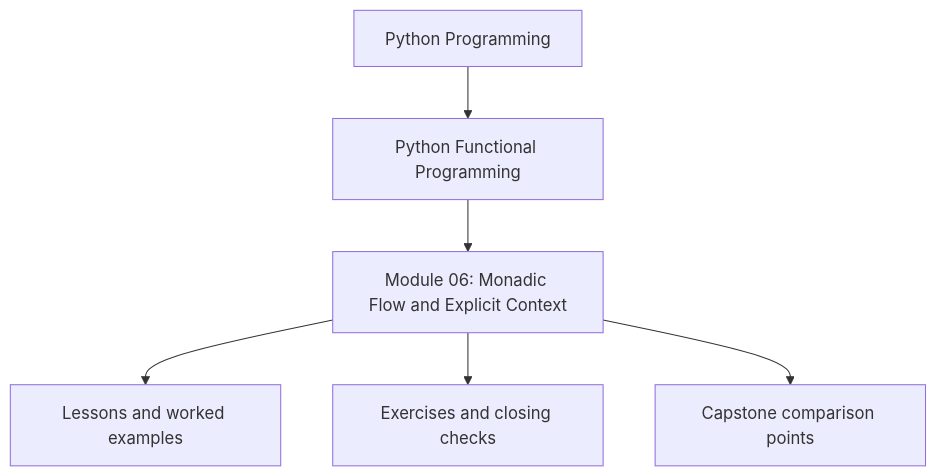
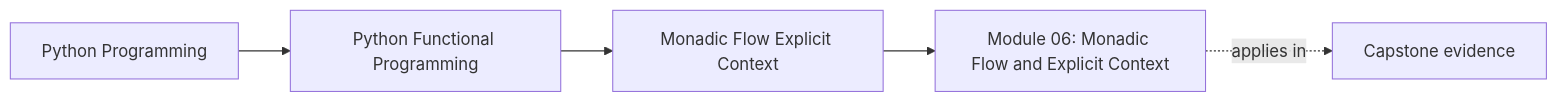
Before and after one commit to bijux/bijux-masterclass: the first of 2 diagrams in programs/python-programming/python-functional-programming/course-book/module-06-monadic-flow-explicit-context/index.md, drawn with Mermaid. The commit also changed other lines of this file and 108 other files, not shown here.

Commit message:
docs(python-functional-programming): map capstone and advanced design surfaces

````diff
--- a/programs/python-programming/python-functional-programming/course-book/module-06-monadic-flow-explicit-context/index.md
+++ b/programs/python-programming/python-functional-programming/course-book/module-06-monadic-flow-explicit-context/index.md
@@ -6,8 +6,11 @@
 ```mermaid
-flowchart TD
-  family["Python Programming"] --> program["Python Functional Programming"]
-  program --> module["Module 06: Monadic Flow and Explicit Context"]
-  module --> lessons["Lessons and worked examples"]
-  module --> exercises["Exercises and closing checks"]
-  module --> capstone["Capstone comparison points"]
+graph LR
+  family["Python Programming"]
+  program["Python Functional Programming"]
+  section["Monadic Flow Explicit Context"]
+  page["Module 06: Monadic Flow and Explicit Context"]
+  capstone["Capstone evidence"]
+
+  family --> program --> section --> page
+  page -.applies in.-> capstone
 ```
````
